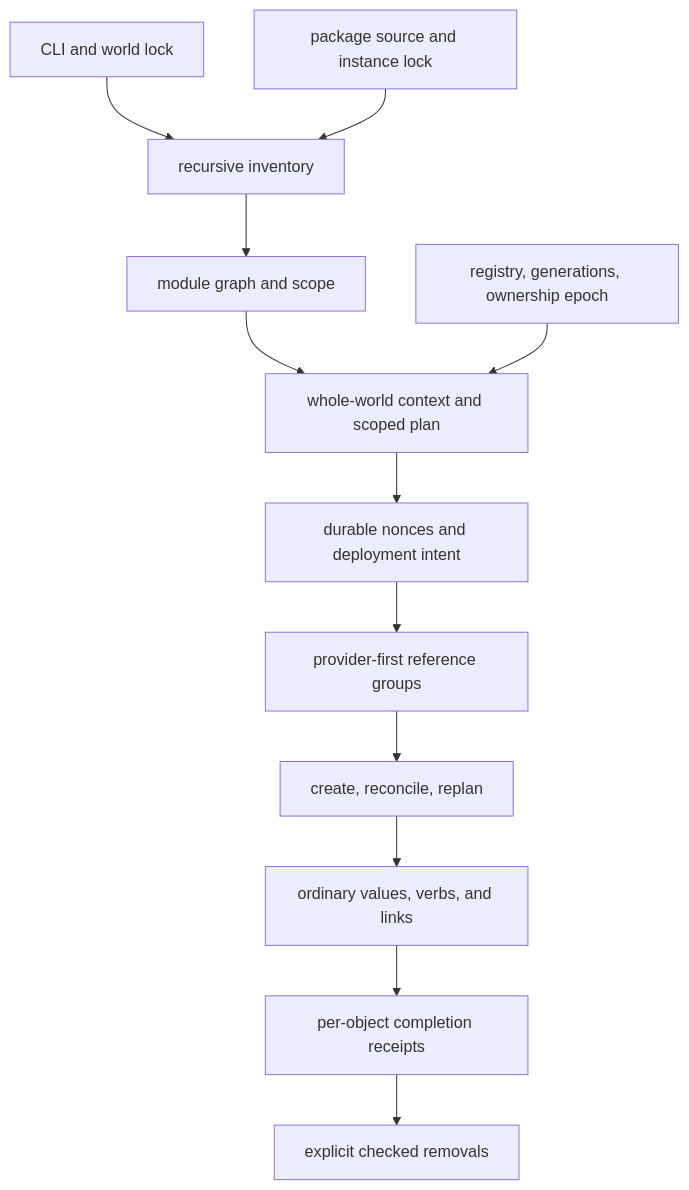
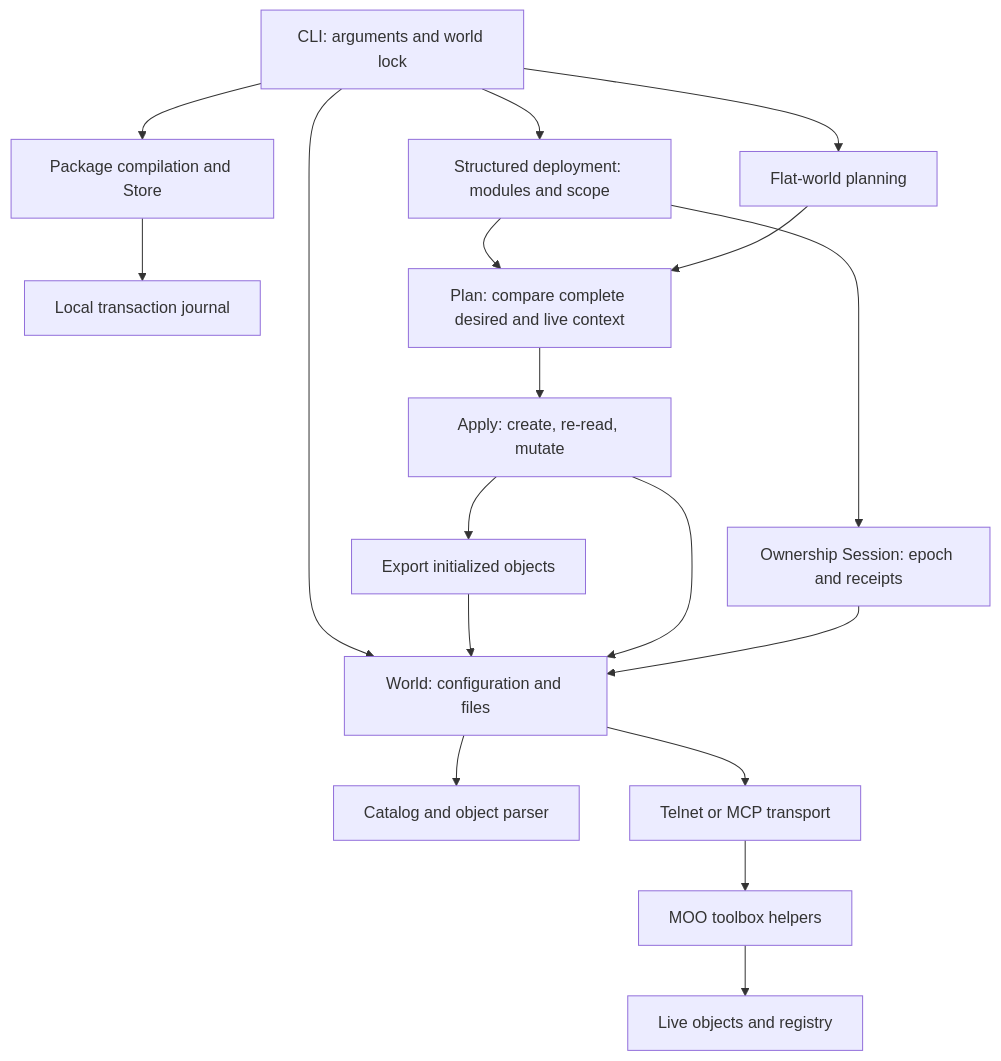
Before and after one commit to abdulyasmin/terramoo: the diagram in REVIEW.md, drawn with Mermaid. The commit also changed other lines of this file, not shown here.

````diff
--- a/REVIEW.md
+++ b/REVIEW.md
@@ -38,14 +61,20 @@
 ```mermaid
 flowchart TD
-  CLI[CLI and world lock] --> Catalog[recursive inventory]
-  Catalog --> Modules[module graph and scope]
-  Packages[package source and instance lock] --> Catalog
-  Modules --> Preview[whole-world context and scoped plan]
-  Remote[registry, generations, ownership epoch] --> Preview
-  Preview --> Intent[durable nonces and deployment intent]
-  Intent --> Groups[provider-first reference groups]
-  Groups --> Create[create, reconcile, replan]
-  Create --> Mutate[ordinary values, verbs, and links]
-  Mutate --> Receipt[per-object completion receipts]
-  Receipt --> Remove[explicit checked removals]
+    CLI[CLI: arguments and world lock] --> W[World: configuration and files]
+    W --> C[Catalog and object parser]
+    CLI --> P[Package compilation and Store]
+    P --> S[Local transaction journal]
+    CLI --> D[Structured deployment: modules and scope]
+    CLI --> F[Flat-world planning]
+    D --> Plan[Plan: compare complete desired and live context]
+    F --> Plan
+    D --> O[Ownership Session: epoch and receipts]
+    Plan --> A[Apply: create, re-read, mutate]
+    A --> E[Export initialized objects]
+    E --> W
+    A --> W
+    O --> W
+    W --> T[Telnet or MCP transport]
+    T --> H[MOO toolbox helpers]
+    H --> R[Live objects and registry]
 ```
````
